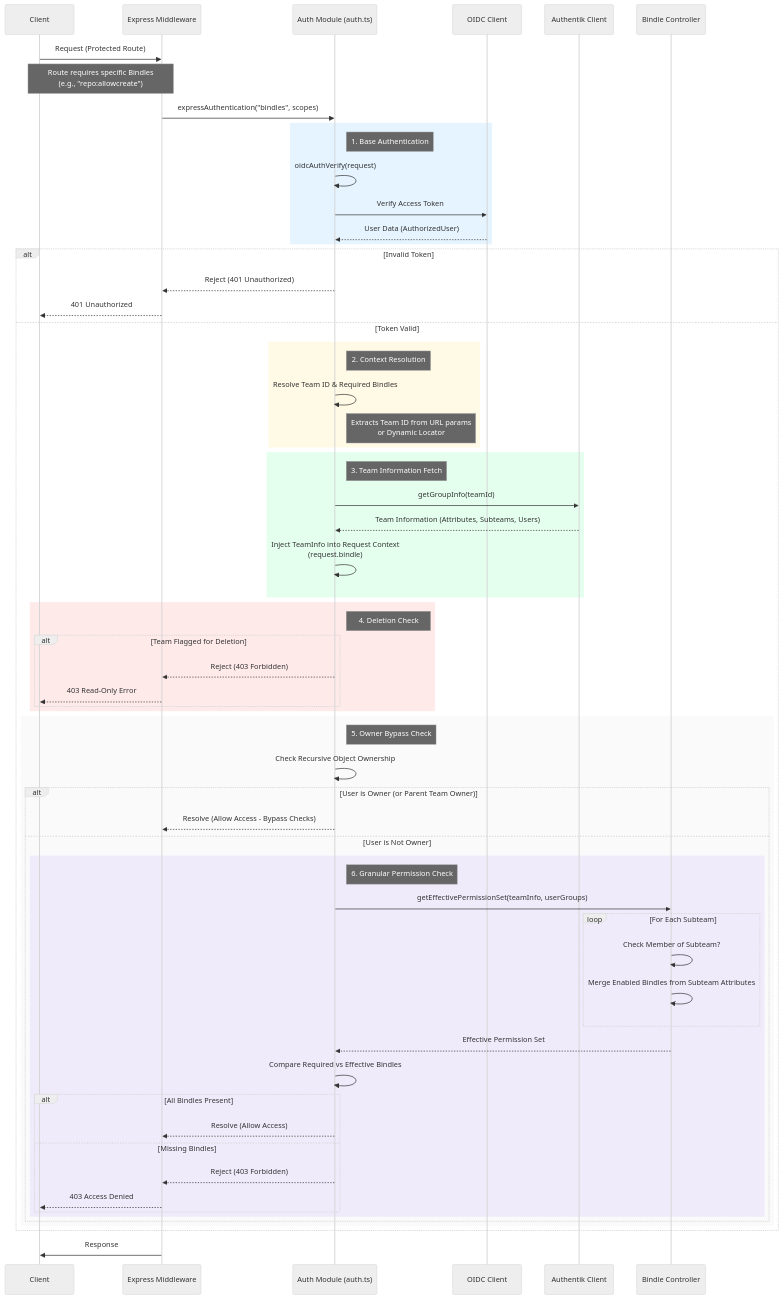
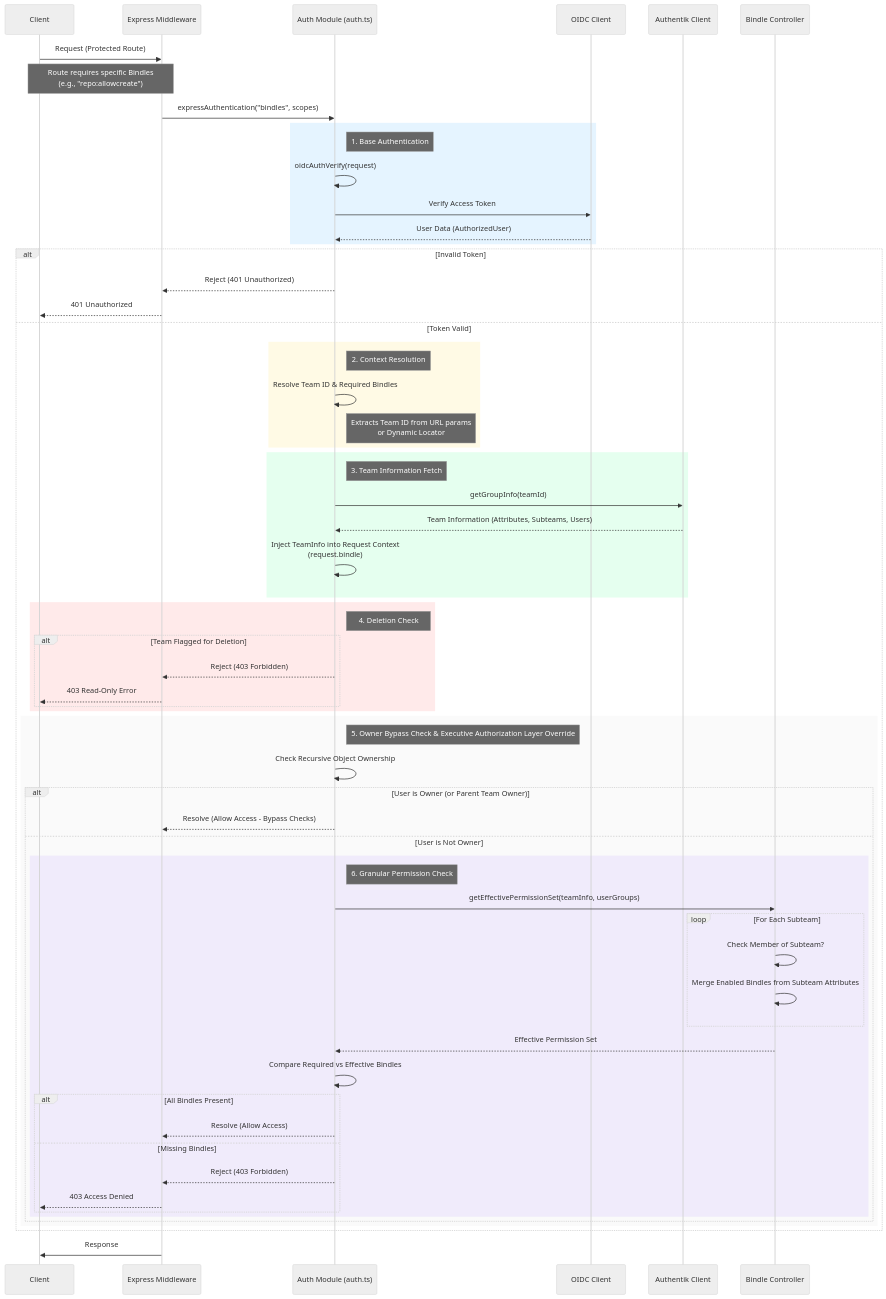
One commit to IanCou/AppDev-CorpWiki changed the diagram in docs/people-portal-dev-guide/auth-layer/bindle-auth-layer.md. Above: the diagram before and after it, drawn with Mermaid (neutral theme). The commit also changed 1 other file, not shown here.

Commit message:
Added Auth Documentation

````diff
--- a/docs/people-portal-dev-guide/auth-layer/bindle-auth-layer.md
+++ b/docs/people-portal-dev-guide/auth-layer/bindle-auth-layer.md
@@ -20,76 +20,76 @@
 ```mermaid
 sequenceDiagram
     participant Client
     participant Express as Express Middleware
     participant Auth as Auth Module (auth.ts)
     participant OIDC as OIDC Client
     participant Authentik as Authentik Client
     participant BindleCtrl as Bindle Controller
 
     Client->>Express: Request (Protected Route)
     Note over Client,Express: Route requires specific Bindles<br/>(e.g., "repo:allowcreate")
 
     Express->>Auth: expressAuthentication("bindles", scopes)
     
     rect rgba(0, 150, 255, 0.1)
         note right of Auth: 1. Base Authentication
         Auth->>Auth: oidcAuthVerify(request)
         Auth->>OIDC: Verify Access Token
         OIDC-->>Auth: User Data (AuthorizedUser)
     end
 
     alt Invalid Token
         Auth-->>Express: Reject (401 Unauthorized)
         Express-->>Client: 401 Unauthorized
     else Token Valid
         rect rgba(255, 200, 0, 0.1)
             note right of Auth: 2. Context Resolution
             Auth->>Auth: Resolve Team ID & Required Bindles
             Note right of Auth: Extracts Team ID from URL params<br/>or Dynamic Locator
         end
 
         rect rgba(0, 255, 100, 0.1)
             note right of Auth: 3. Team Information Fetch
             Auth->>Authentik: getGroupInfo(teamId)
             Authentik-->>Auth: Team Information (Attributes, Subteams, Users)
             Auth->>Auth: Inject TeamInfo into Request Context<br/>(request.bindle)
         end
         
         rect rgba(255, 50, 50, 0.1)
             note right of Auth: 4. Deletion Check
             alt Team Flagged for Deletion
                 Auth-->>Express: Reject (403 Forbidden)
                 Express-->>Client: 403 Read-Only Error
             end
         end
 
         rect rgba(200, 200, 200, 0.1)
-            note right of Auth: 5. Owner Bypass Check
+            note right of Auth: 5. Owner Bypass Check & Executive Authorization Layer Override
             Auth->>Auth: Check Recursive Object Ownership
             alt User is Owner (or Parent Team Owner)
                 Auth-->>Express: Resolve (Allow Access - Bypass Checks)
             else User is Not Owner
                  rect rgba(150, 100, 255, 0.1)
                     note right of Auth: 6. Granular Permission Check
                     Auth->>BindleCtrl: getEffectivePermissionSet(teamInfo, userGroups)
                     loop For Each Subteam
                         BindleCtrl->>BindleCtrl: Check Member of Subteam?
                         BindleCtrl->>BindleCtrl: Merge Enabled Bindles from Subteam Attributes
                     end
                     BindleCtrl-->>Auth: Effective Permission Set
                     
                     Auth->>Auth: Compare Required vs Effective Bindles
                     alt All Bindles Present
                         Auth-->>Express: Resolve (Allow Access)
                     else Missing Bindles
                         Auth-->>Express: Reject (403 Forbidden)
                         Express-->>Client: 403 Access Denied
                     end
                  end
             end
         end
         
     end
 
     Express->>Client: Response
 ```
````
